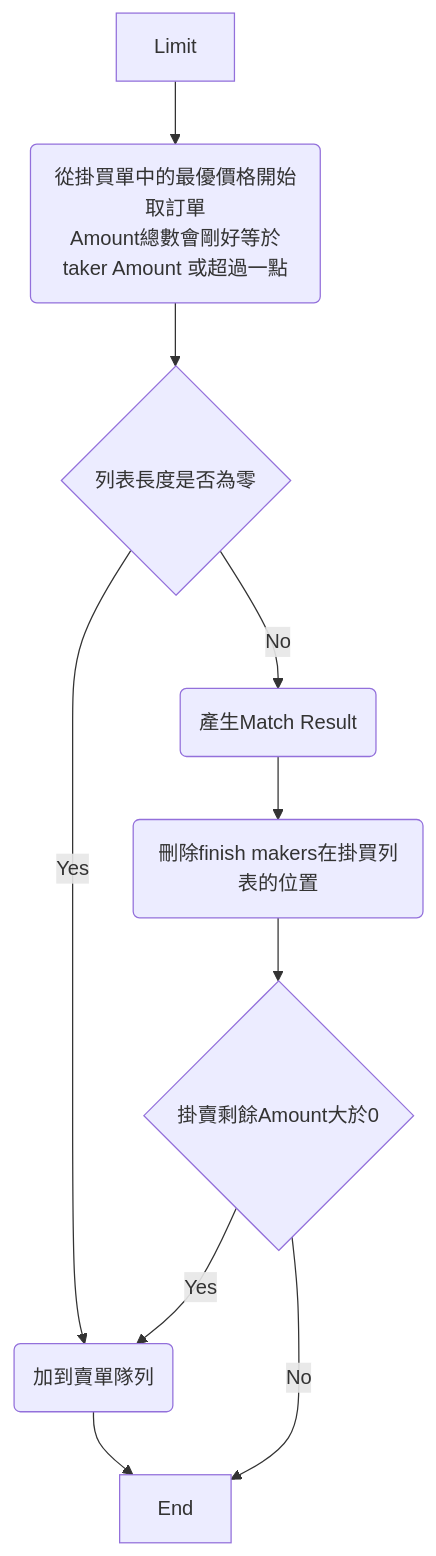
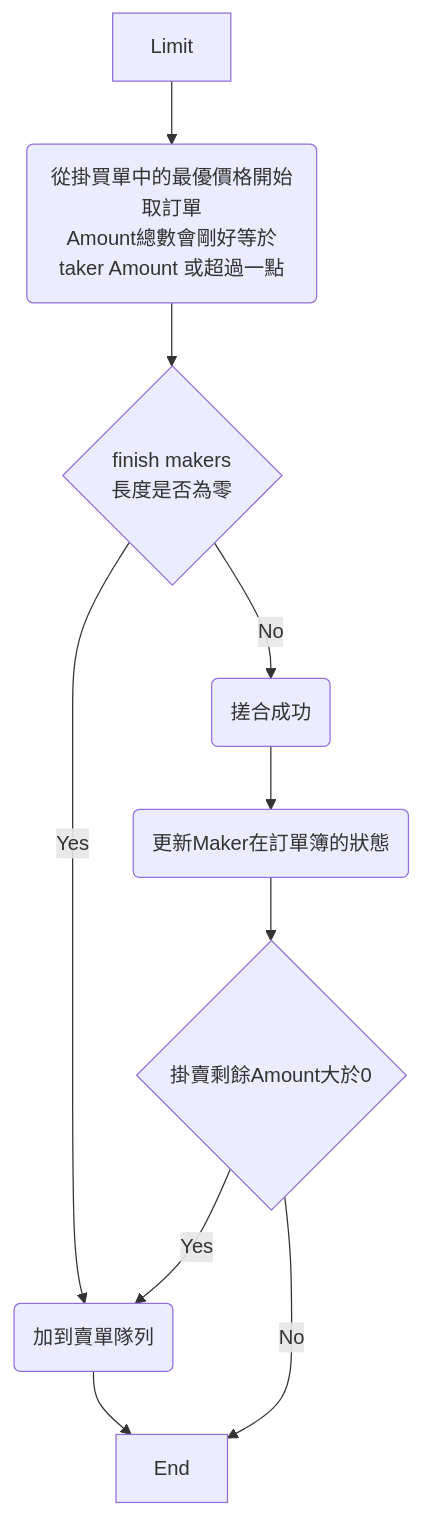
Before and after one commit to n960321/Trading-Engine: the second of 3 diagrams in README.md, drawn with Mermaid. The commit also changed other lines of this file, not shown here.

````diff
--- a/README.md
+++ b/README.md
@@ -61,12 +64,12 @@
 ```mermaid
 flowchart TD
     Limit --> sell(從掛買單中的最優價格開始取訂單\nAmount總數會剛好等於taker Amount 或超過一點)
-    sell --> check_sell{列表長度是否為零}
+    sell --> check_sell{finish makers\n長度是否為零}
     check_sell -- Yes --> addToSell(加到賣單隊列)
-    check_sell -- No --> match(產生Match Result)
-    match --> delete_maker(刪除finish makers在掛買列表的位置)
+    check_sell -- No --> match(搓合成功)
+    match --> delete_maker(更新Maker在訂單簿的狀態)
     delete_maker --> sellAmount{掛賣剩餘Amount大於0}
     sellAmount -- Yes --> addToSell
     sellAmount -- No --> End
     addToSell --> End    
 ```
````
